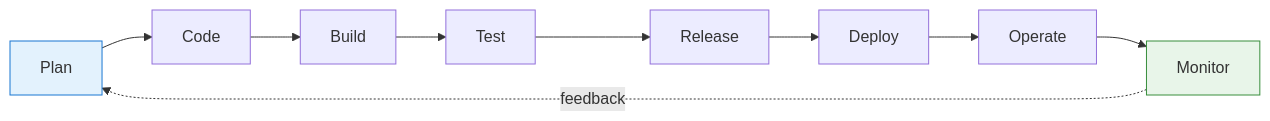
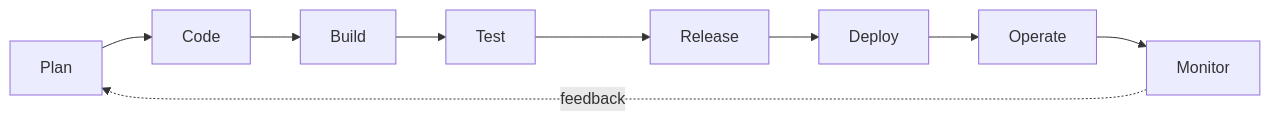
One commit to siva9800/learn-devops changed the diagram in README.md. Above: the diagram before and after it, drawn with Mermaid. The commit also changed other lines of this file and 2 other files, not shown here.

````diff
--- a/README.md
+++ b/README.md
@@ -90,8 +11,6 @@
 ```mermaid
 flowchart LR
     Plan["Plan"] --> Code["Code"] --> Build["Build"] --> Test["Test"]
     Test --> Release["Release"] --> Deploy["Deploy"] --> Operate["Operate"] --> Monitor["Monitor"]
     Monitor -.feedback.-> Plan
-    style Plan fill:#e3f2fd,stroke:#1976d2
-    style Monitor fill:#e8f5e9,stroke:#388e3c
 ```
````
